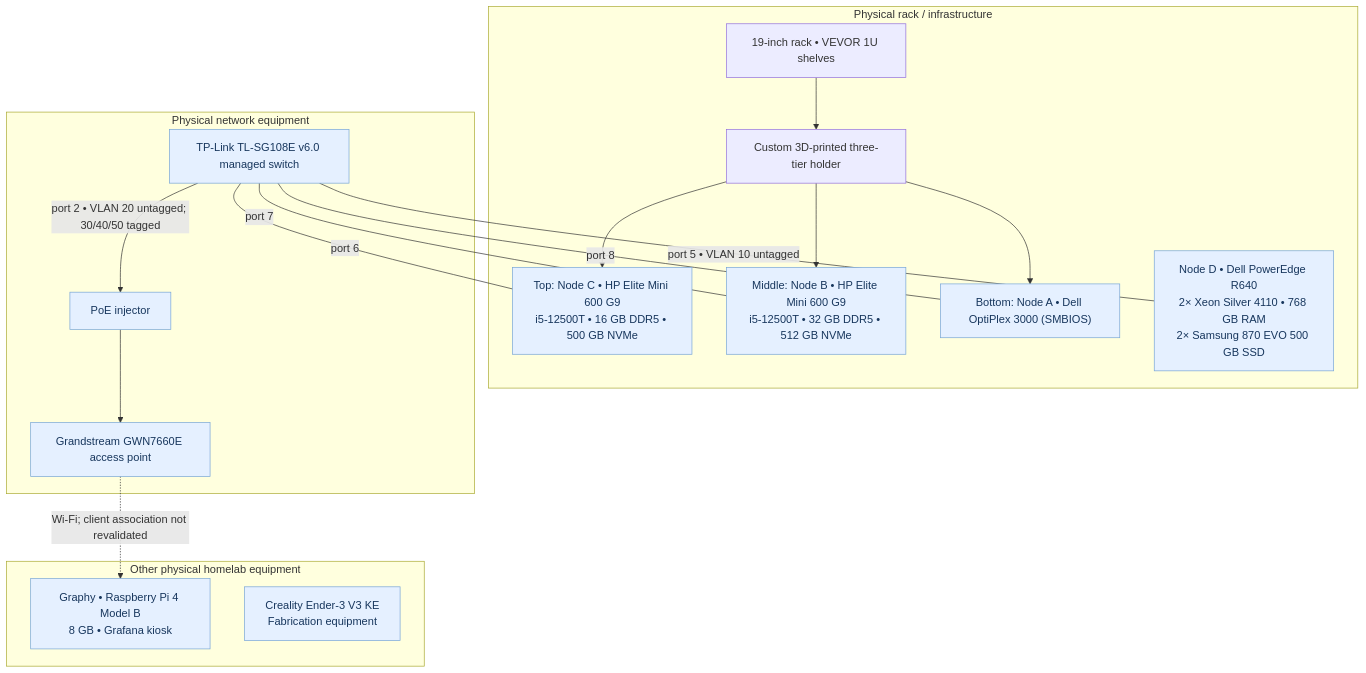
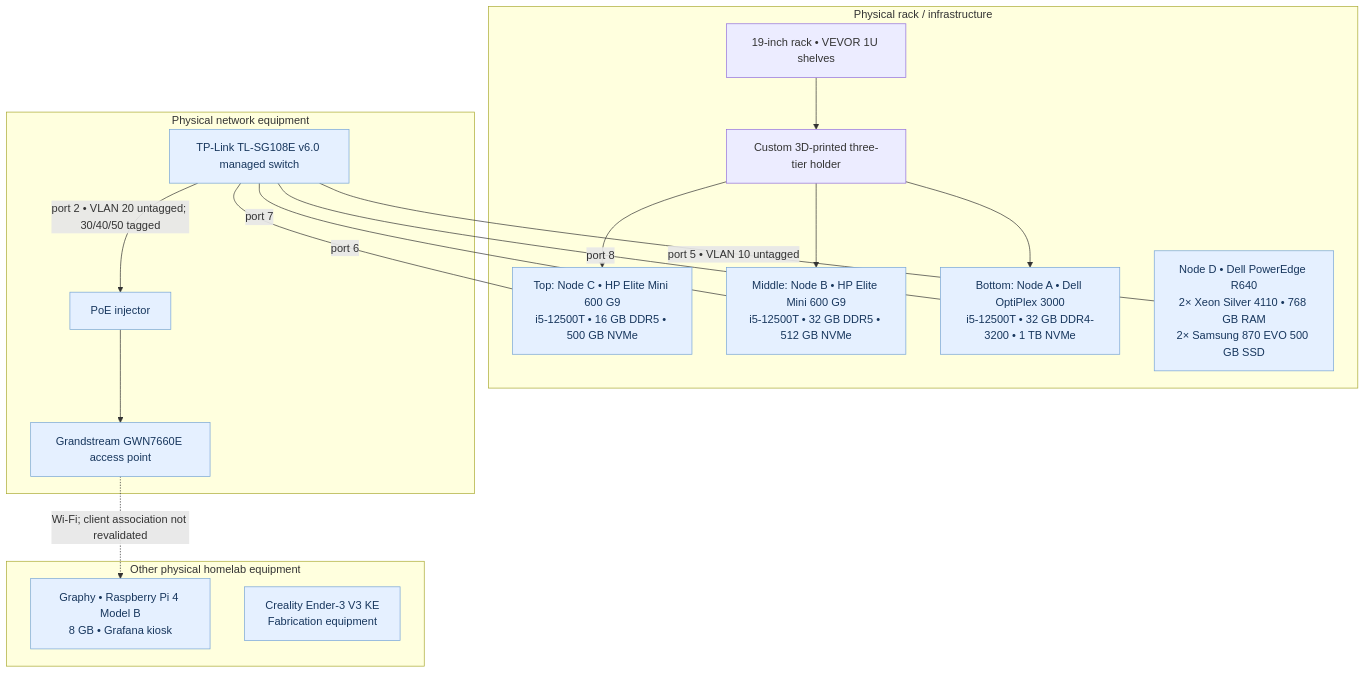
Before and after one commit to samuelkemp1619/HOMELAB-PORTFOLIO: the third of 3 diagrams in network/diagrams/README.md, drawn with Mermaid. The commit also changed other lines of this file, not shown here.

Commit message:
Verify Node A OptiPlex 3000 hardware from Proxmox host inventory

````diff
--- a/network/diagrams/README.md
+++ b/network/diagrams/README.md
@@ -130,32 +130,32 @@
 ```mermaid
 flowchart TB
     subgraph RACK["Physical rack / infrastructure"]
         SHELVES["19-inch rack • VEVOR 1U shelves"]
         HOLDER["Custom 3D-printed three-tier holder"]
         H3["Top: Node C • HP Elite Mini 600 G9<br/>i5-12500T • 16 GB DDR5 • 500 GB NVMe"]
         H2["Middle: Node B • HP Elite Mini 600 G9<br/>i5-12500T • 32 GB DDR5 • 512 GB NVMe"]
-        H1["Bottom: Node A • Dell OptiPlex 3000 (SMBIOS)"]
+        H1["Bottom: Node A • Dell OptiPlex 3000<br/>i5-12500T • 32 GB DDR4-3200 • 1 TB NVMe"]
         R640["Node D • Dell PowerEdge R640<br/>2× Xeon Silver 4110 • 768 GB RAM<br/>2× Samsung 870 EVO 500 GB SSD"]
         SHELVES --> HOLDER
         HOLDER --> H3
         HOLDER --> H2
         HOLDER --> H1
     end
     subgraph NETWORK_HW["Physical network equipment"]
         SWITCH_HW["TP-Link TL-SG108E v6.0 managed switch"]
         INJECTOR["PoE injector"]
         ACCESS["Grandstream GWN7660E access point"]
         SWITCH_HW -->|"port 2 • VLAN 20 untagged; 30/40/50 tagged"| INJECTOR --> ACCESS
     end
     subgraph OTHER_HW["Other physical homelab equipment"]
         PI4["Graphy • Raspberry Pi 4 Model B<br/>8 GB • Grafana kiosk"]
         PRINTER["Creality Ender-3 V3 KE<br/>Fabrication equipment"]
     end
     SWITCH_HW ---|"port 8"| H1
     SWITCH_HW ---|"port 7"| H2
     SWITCH_HW ---|"port 6"| H3
     SWITCH_HW ---|"port 5 • VLAN 10 untagged"| R640
     ACCESS -. "Wi-Fi; client association not revalidated" .-> PI4
     classDef platform fill:#e5f0ff,color:#17365d,stroke:#77a5d6
     class H1,H2,H3,R640,SWITCH_HW,INJECTOR,ACCESS,PI4,PRINTER platform
 ```
````
